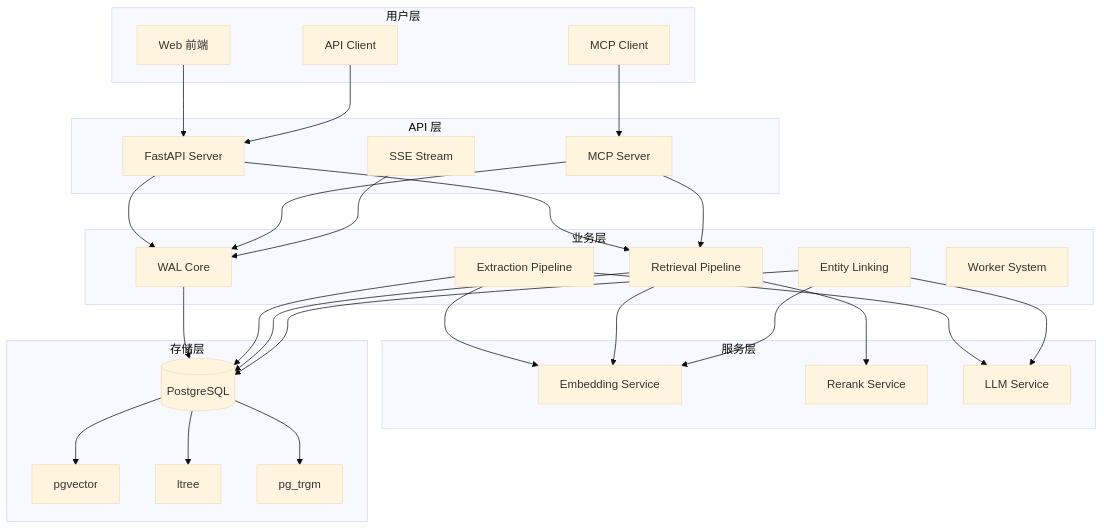
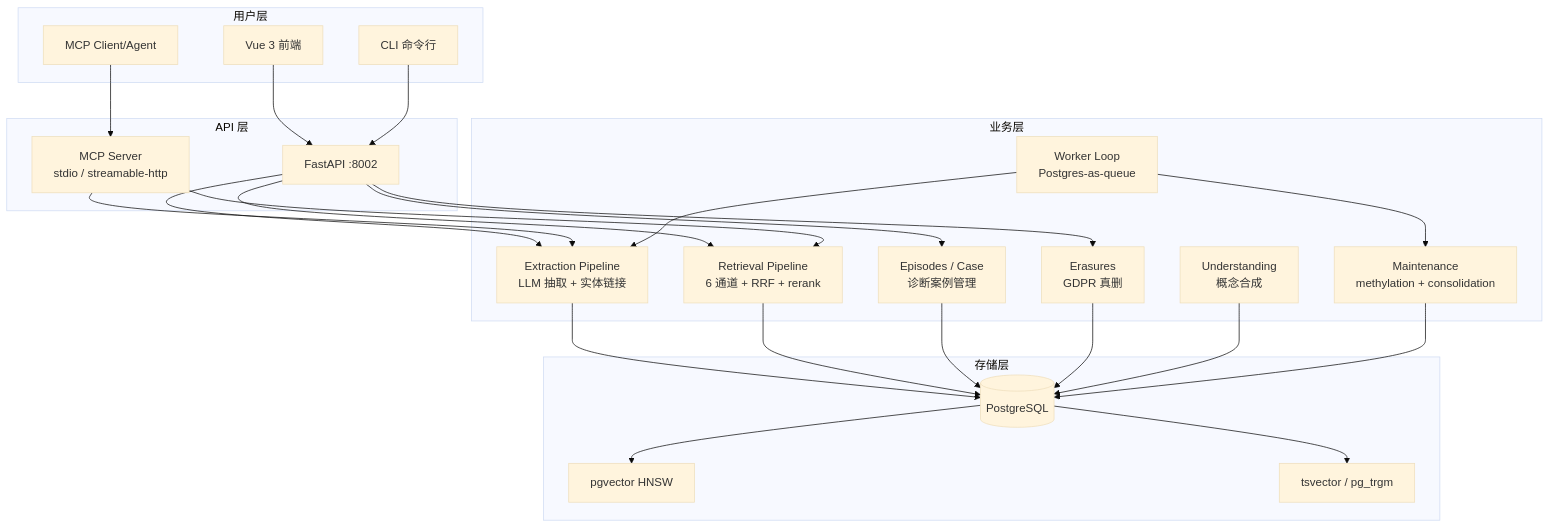
The first of 6 diagrams in source/chapters/13-architecture-diagrams.md (pty819/cortex-py-book), drawn with Mermaid (base theme) before and after one commit. The commit also changed other lines of this file and 18 other files, not shown here.

First line of the commit message:
docs: refresh book with latest cortex-py architecture

````diff
--- a/source/chapters/13-architecture-diagrams.md
+++ b/source/chapters/13-architecture-diagrams.md
@@ -5,61 +5,53 @@
 ```{mermaid}
 graph TB
-    subgraph "用户层"
-        U1[Web 前端]
-        U2[MCP Client]
-        U3[API Client]
+    subgraph 用户层
+        UI[Vue 3 前端]
+        MCP[MCP Client/Agent]
+        CLI[CLI 命令行]
     end
     
-    subgraph "API 层"
-        A1[FastAPI Server]
-        A2[MCP Server]
-        A3[SSE Stream]
+    subgraph API 层
+        FA[FastAPI :8002]
+        MCP_SRV[MCP Server<br/>stdio / streamable-http]
     end
     
-    subgraph "业务层"
-        B1[WAL Core]
-        B2[Extraction Pipeline]
-        B3[Retrieval Pipeline]
-        B4[Entity Linking]
-        B5[Worker System]
+    subgraph 业务层
+        EXT[Extraction Pipeline<br/>LLM 抽取 + 实体链接]
+        RET[Retrieval Pipeline<br/>6 通道 + RRF + rerank]
+        WK[Worker Loop<br/>Postgres-as-queue]
+        UNDER[Understanding<br/>概念合成]
+        MAINT[Maintenance<br/>methylation + consolidation]
+        CASE[Episodes / Case<br/>诊断案例管理]
+        ERASE[Erasures<br/>GDPR 真删]
     end
     
-    subgraph "服务层"
-        S1[Embedding Service]
-        S2[Rerank Service]
-        S3[LLM Service]
+    subgraph 存储层
+        PG[(PostgreSQL)]
+        VEC[pgvector HNSW]
+        TS[tsvector / pg_trgm]
     end
     
-    subgraph "存储层"
-        D1[(PostgreSQL)]
-        D2[pgvector]
-        D3[ltree]
-        D4[pg_trgm]
-    end
+    UI --> FA
+    MCP --> MCP_SRV
+    CLI --> FA
     
-    U1 --> A1
-    U2 --> A2
-    U3 --> A1
+    FA --> EXT
+    FA --> RET
+    FA --> CASE
+    FA --> ERASE
+    MCP_SRV --> EXT
+    MCP_SRV --> RET
     
-    A1 --> B1
-    A1 --> B3
-    A2 --> B1
-    A2 --> B3
-    A3 --> B1
+    WK --> EXT
+    WK --> MAINT
     
-    B1 --> D1
-    B2 --> D1
-    B3 --> D1
-    B4 --> D1
+    EXT --> PG
+    RET --> PG
+    CASE --> PG
+    ERASE --> PG
+    UNDER --> PG
+    MAINT --> PG
     
-    B2 --> S1
-    B2 --> S3
-    B3 --> S1
-    B3 --> S2
-    B4 --> S1
-    B4 --> S3
-    
-    D1 --> D2
-    D1 --> D3
-    D1 --> D4
+    PG --> VEC
+    PG --> TS
 ```
````
